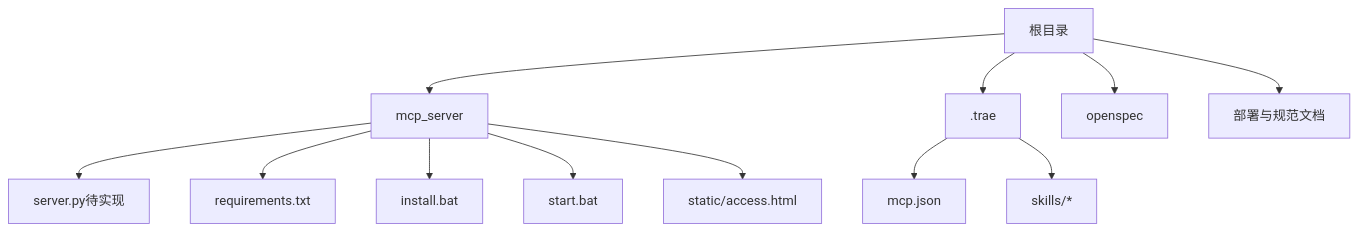
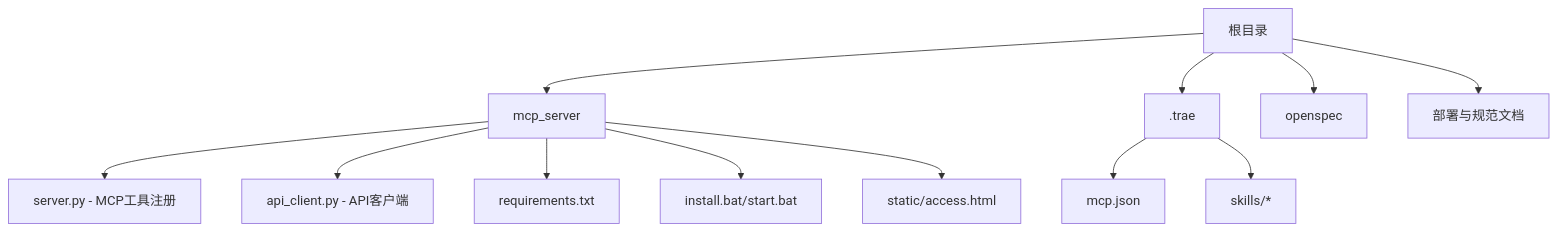
One commit to rookie-wind/web_ai changed the first of 8 diagrams in .qoder/repowiki/zh/content/项目概述/项目概述.md. Above: the diagram before and after it, drawn with Mermaid. The commit also changed other lines of this file and 117 other files, not shown here.

````diff
--- a/.qoder/repowiki/zh/content/项目概述/项目概述.md
+++ b/.qoder/repowiki/zh/content/项目概述/项目概述.md
@@ -42,14 +51,14 @@
 ```mermaid
 graph TB
 A["根目录"] --> B["mcp_server"]
 A --> C[".trae"]
 A --> D["openspec"]
 A --> E["部署与规范文档"]
-B --> B1["server.py待实现"]
-B --> B2["requirements.txt"]
-B --> B3["install.bat"]
-B --> B4["start.bat"]
+B --> B1["server.py - MCP工具注册"]
+B --> B2["api_client.py - API客户端"]
+B --> B3["requirements.txt"]
+B --> B4["install.bat/start.bat"]
 B --> B5["static/access.html"]
 C --> C1["mcp.json"]
 C --> C2["skills/*"]
 ```
````
